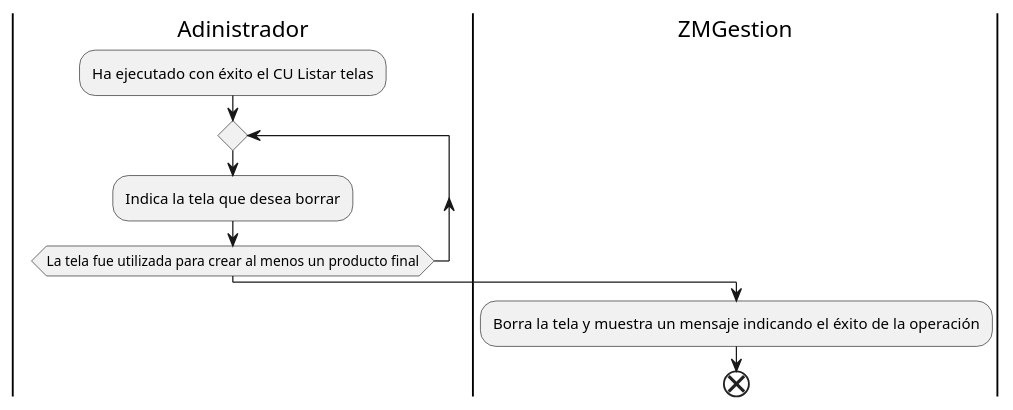
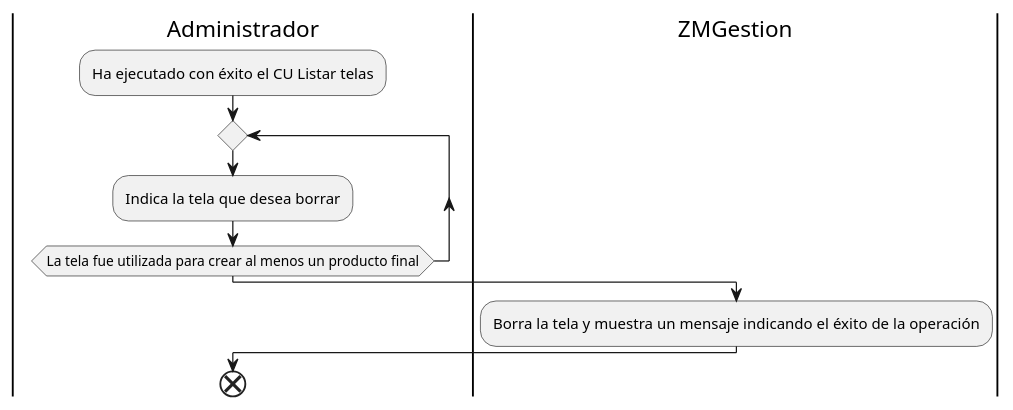
Before and after one commit to ZMGestion/DocumentacionZMGestion: the diagram in Informe Final/DiagramasActividad/borrarTela.puml, drawn with PlantUML. The commit also changed 32 other files, not shown here.

Commit message:
Cambios en DiagramasActividad

```diff
--- a/Informe Final/DiagramasActividad/borrarTela.puml
+++ b/Informe Final/DiagramasActividad/borrarTela.puml
@@ -1,10 +1,11 @@
 @startuml borrarTela
-|Adinistrador|
+|Administrador|
 :Ha ejecutado con éxito el CU Listar telas;
 repeat
 :Indica la tela que desea borrar;
 repeat while(La tela fue utilizada para crear al menos un producto final)
 |ZMGestion|
 :Borra la tela y muestra un mensaje indicando el éxito de la operación;
+|Administrador|
 end
 @enduml
```
